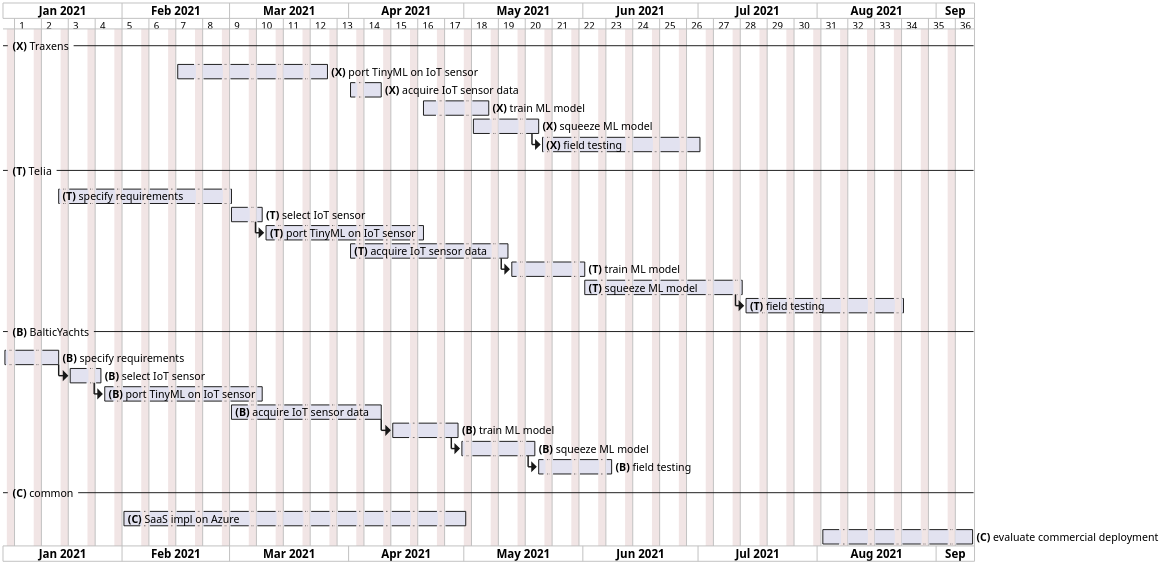
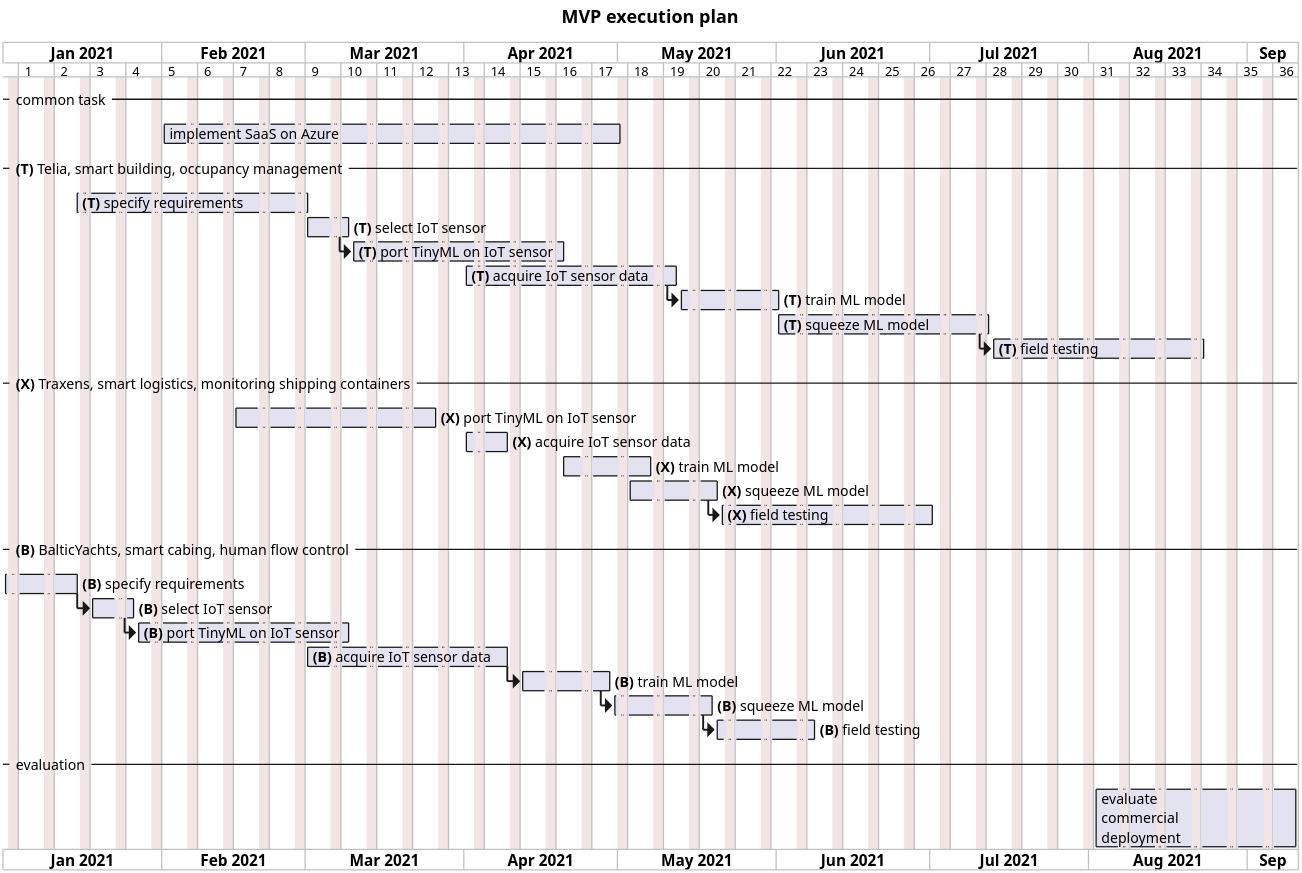
Before and after one commit to doyu/elc2019: the diagram in gantt.puml, drawn with PlantUML. The commit also changed 1 other file, not shown here.

```diff
--- a/gantt.puml
+++ b/gantt.puml
@@ -1,39 +1,43 @@
 @startgantt
-scale 3
 
+title MVP execution plan
+
+scale 5
 printscale weekly
 saturday are closed
 sunday are closed
 Project starts the 1st of january 2021
 
--- **(X)** Traxens --
-[**(X)** port TinyML on IoT sensor] starts at 2021/2/15 and lasts 30 days
-[**(X)** acquire IoT sensor data] starts at 2021/4/1 and lasts 7 days
-[**(X)** train ML model] starts at 2021/4/20 and lasts 14 days
-[**(X)** squeeze ML model] starts at 2021/5/1 and lasts 14 days
-[**(X)** field testing] starts at [**(X)** squeeze ML model]'s end and lasts 30 days
+-- common task --
+[implement SaaS on Azure] starts at 2021/2/1
+[implement SaaS on Azure] ends at 2021/5/1
 
--- **(T)** Telia --
+-- **(T)** Telia, smart building, occupancy management --
 [**(T)** specify requirements] starts at 2021/1/15 and ends at 2021/3/1
 [**(T)** select IoT sensor] starts at 2021/3/1 and lasts 7 days
 [**(T)** port TinyML on IoT sensor] starts at [**(T)** select IoT sensor]'s end and lasts 30 days
 [**(T)** acquire IoT sensor data] starts at 2021/4/1 and lasts 30 days
 [**(T)** train ML model] starts at [**(T)** acquire IoT sensor data]'s end and lasts 14 days
 [**(T)** squeeze ML model] starts at 2021/6/1 and lasts 30 days
 [**(T)** field testing] starts at [**(T)** squeeze ML model]'s end and lasts 30 days
 
--- **(B)** BalticYachts --
+-- **(X)** Traxens, smart logistics, monitoring shipping containers--
+[**(X)** port TinyML on IoT sensor] starts at 2021/2/15 and lasts 30 days
+[**(X)** acquire IoT sensor data] starts at 2021/4/1 and lasts 7 days
+[**(X)** train ML model] starts at 2021/4/20 and lasts 14 days
+[**(X)** squeeze ML model] starts at 2021/5/1 and lasts 14 days
+[**(X)** field testing] starts at [**(X)** squeeze ML model]'s end and lasts 30 days
+
+-- **(B)** BalticYachts, smart cabing, human flow control --
 [**(B)** specify requirements] starts at 2020/12/15 and ends at 2021/1/15
 [**(B)** select IoT sensor] starts at [**(B)** specify requirements]'s end and lasts 7 days
 [**(B)** port TinyML on IoT sensor] starts at [**(B)** select IoT sensor]'s end and lasts 30 days
 [**(B)** acquire IoT sensor data] starts at 2021/3/1 and lasts 30 days
 [**(B)** train ML model] starts at [**(B)** acquire IoT sensor data]'s end and lasts 14 days
 [**(B)** squeeze ML model] starts at [**(B)** train ML model]'s end and lasts 14 days
 [**(B)** field testing] starts at [**(B)** squeeze ML model]'s end and lasts 14 days
 
--- **(C)** common --
-[**(C)** SaaS impl on Azure] starts at 2021/2/1
-[**(C)** SaaS impl on Azure] ends at 2021/5/1
-[**(C)** evaluate commercial deployment] starts at 2021/8/1 and lasts 30 days
+-- evaluation --
+[evaluate\ncommercial\ndeployment] starts at 2021/8/1 and lasts 30 days
 
 @endgantt
```
